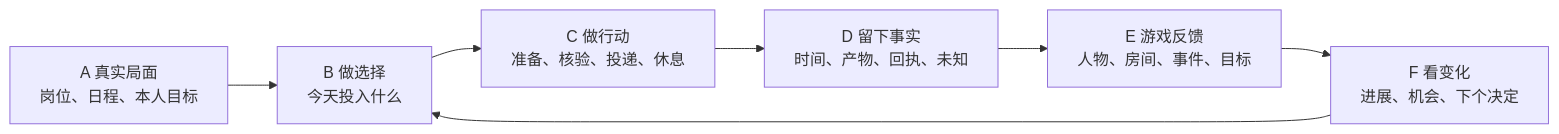
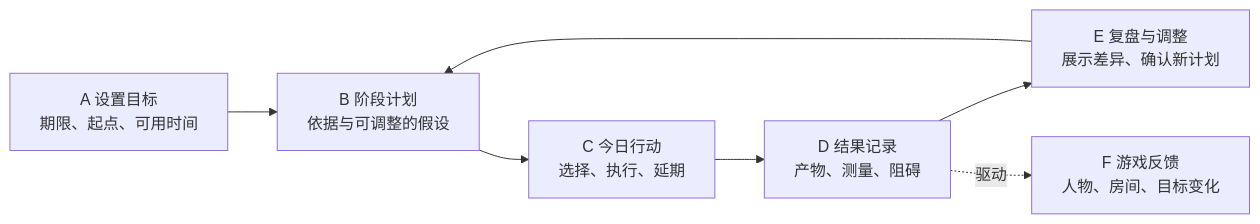
Before and after one commit to johnnyzhang-eng/career-workbench: the diagram in docs/product/product-direction-gate.md, drawn with Mermaid. The commit also changed other lines of this file and 3 other files, not shown here.

````diff
--- a/docs/product/product-direction-gate.md
+++ b/docs/product/product-direction-gate.md
@@ -9,9 +9,9 @@
 ```mermaid
 flowchart LR
-  A["A 真实局面<br/>岗位、日程、本人目标"] --> B["B 做选择<br/>今天投入什么"]
-  B --> C["C 做行动<br/>准备、核验、投递、休息"]
-  C --> D["D 留下事实<br/>时间、产物、回执、未知"]
-  D --> E["E 游戏反馈<br/>人物、房间、事件、目标"]
-  E --> F["F 看变化<br/>进展、机会、下个决定"]
-  F --> B
+  A["A 设置目标<br/>期限、起点、可用时间"] --> B["B 阶段计划<br/>依据与可调整的假设"]
+  B --> C["C 今日行动<br/>选择、执行、延期"]
+  C --> D["D 结果记录<br/>产物、测量、阻碍"]
+  D --> E["E 复盘与调整<br/>展示差异、确认新计划"]
+  E --> B
+  D -.驱动.-> F["F 游戏反馈<br/>人物、房间、目标变化"]
 ```
````
